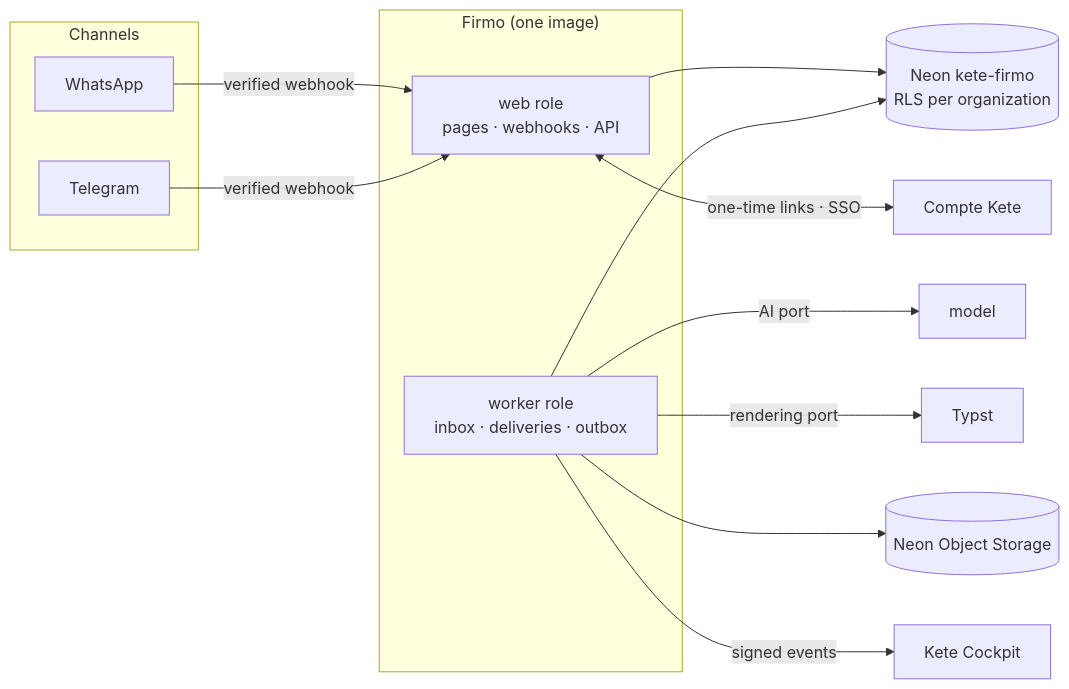
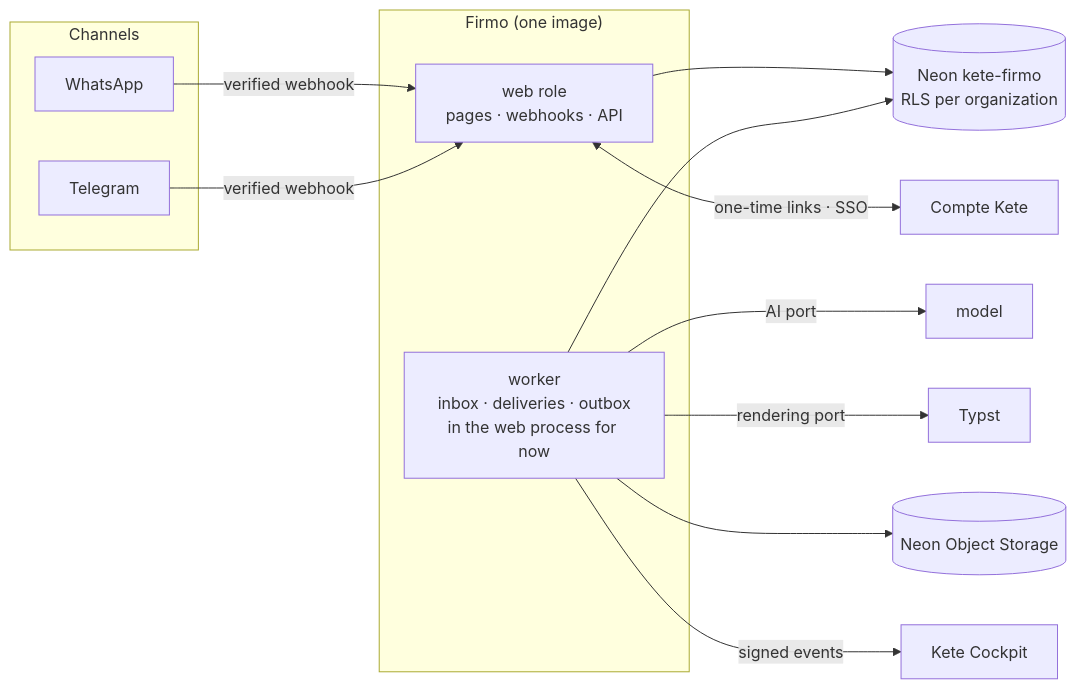
Before and after one commit to kete-africa/firmo: the diagram in docs/ARCHITECTURE.md, drawn with Mermaid. The commit also changed other lines of this file and 40 other files, not shown here.

````diff
--- a/docs/ARCHITECTURE.md
+++ b/docs/ARCHITECTURE.md
@@ -9,20 +9,20 @@
 ```mermaid
 flowchart LR
   subgraph Channels
     WA[WhatsApp]
     TG[Telegram]
   end
   subgraph Firmo["Firmo (one image)"]
     Web[web role<br/>pages · webhooks · API]
-    Worker[worker role<br/>inbox · deliveries · outbox]
+    Worker[worker<br/>inbox · deliveries · outbox<br/>in the web process for now]
   end
   WA -->|verified webhook| Web
   TG -->|verified webhook| Web
   Web --> DB[(Neon kete-firmo<br/>RLS per organization)]
   Worker --> DB
   Worker -->|AI port| AI[model]
   Worker -->|rendering port| Typst[Typst]
   Worker --> S3[(Neon Object Storage)]
   Web <-->|one-time links · SSO| CK[Compte Kete]
   Worker -->|signed events| KC[Kete Cockpit]
 ```
````
